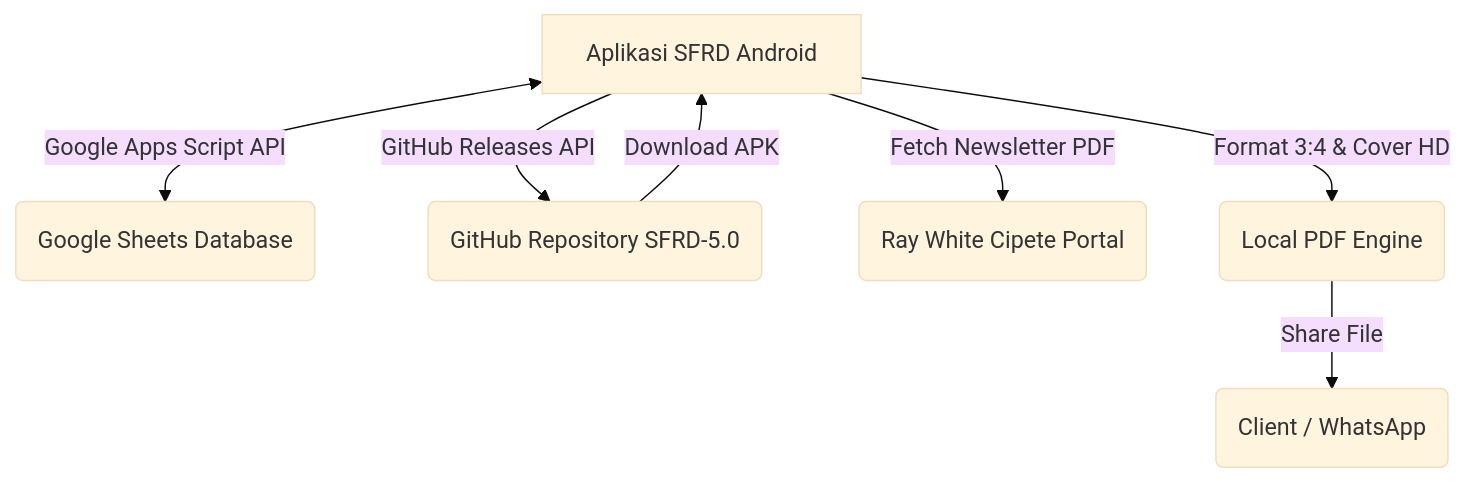
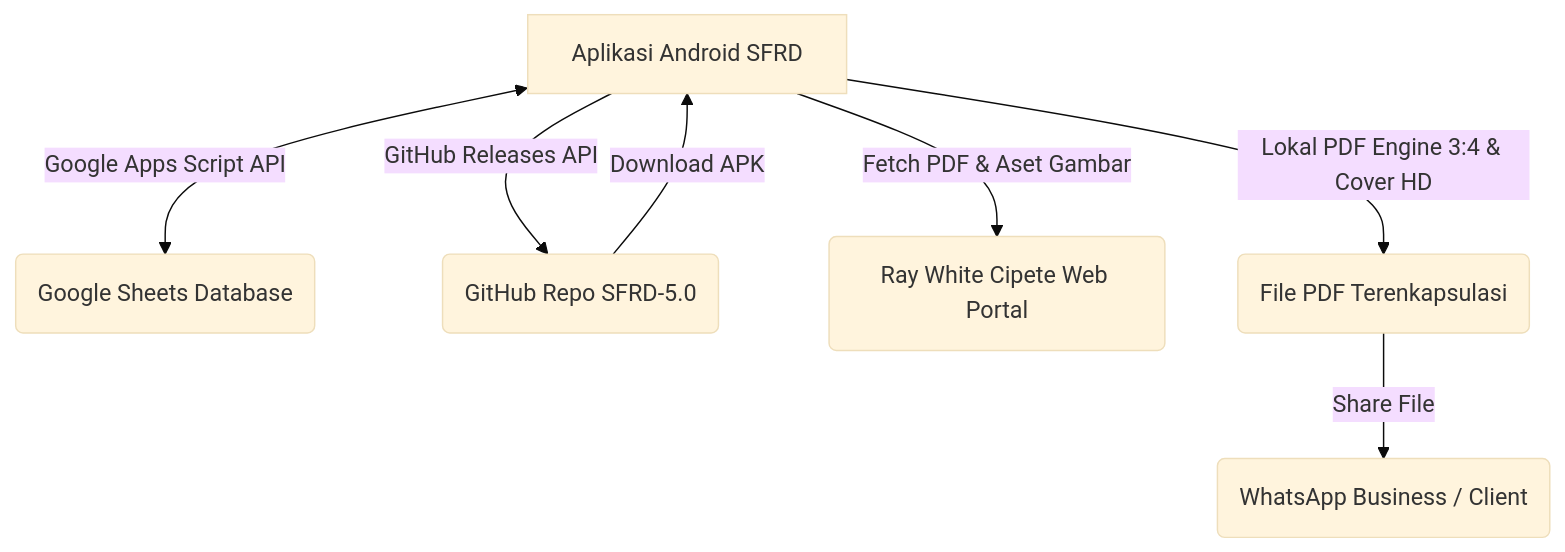
One commit to DhavidFebrian/SFRD changed the diagram in README.md. Above: the diagram before and after it, drawn with Mermaid (base theme). The commit also changed other lines of this file, not shown here.

Commit message:
Docs: Fully updated README.md with comprehensive scans of screens, usage manual, Apps Script setup, and release guides

````diff
--- a/README.md
+++ b/README.md
@@ -55,9 +82,9 @@
 ```mermaid
 graph TD
-    A[Aplikasi SFRD Android] <-->|Google Apps Script API| B(Google Sheets Database)
-    A -->|GitHub Releases API| C(GitHub Repository SFRD-5.0)
+    A[Aplikasi Android SFRD] <-->|Google Apps Script API| B(Google Sheets Database)
+    A -->|GitHub Releases API| C(GitHub Repo SFRD-5.0)
     C -->|Download APK| A
-    A -->|Fetch Newsletter PDF| D(Ray White Cipete Portal)
-    A -->|Format 3:4 & Cover HD| E(Local PDF Engine)
-    E -->|Share File| F(Client / WhatsApp)
+    A -->|Fetch PDF & Aset Gambar| D(Ray White Cipete Web Portal)
+    A -->|Lokal PDF Engine 3:4 & Cover HD| E(File PDF Terenkapsulasi)
+    E -->|Share File| F(WhatsApp Business / Client)
 ```
````
